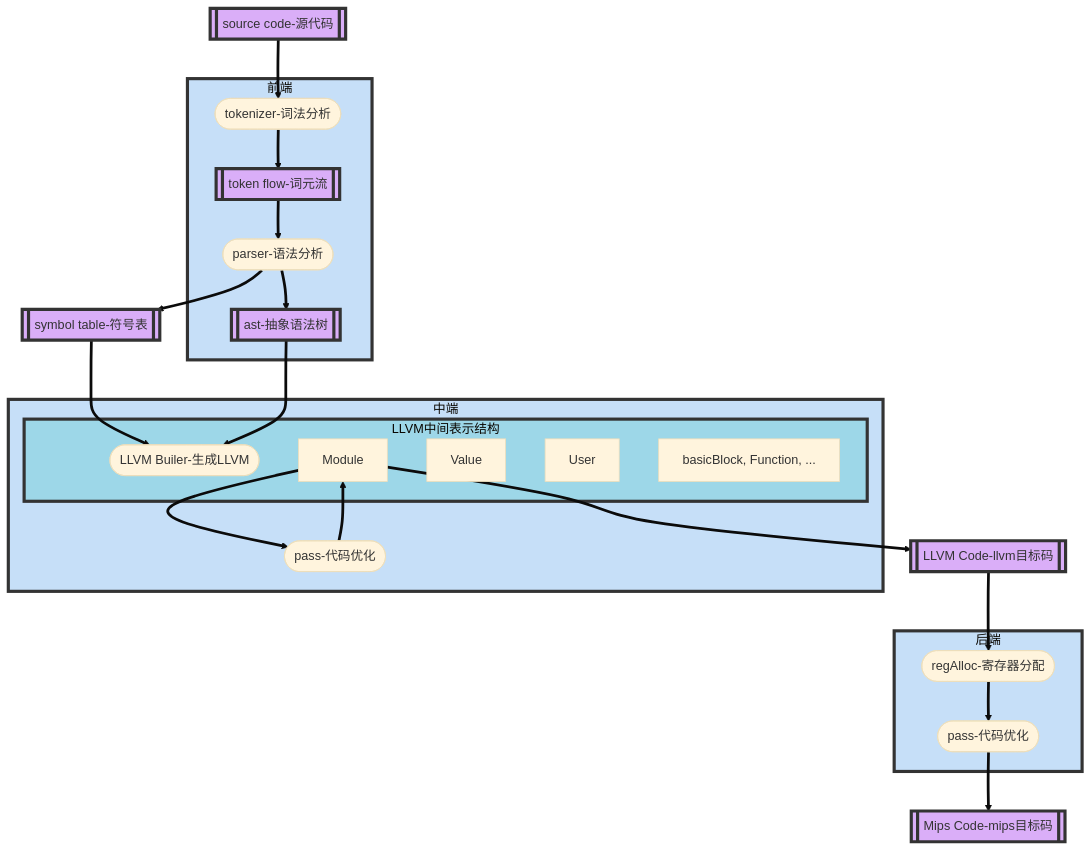
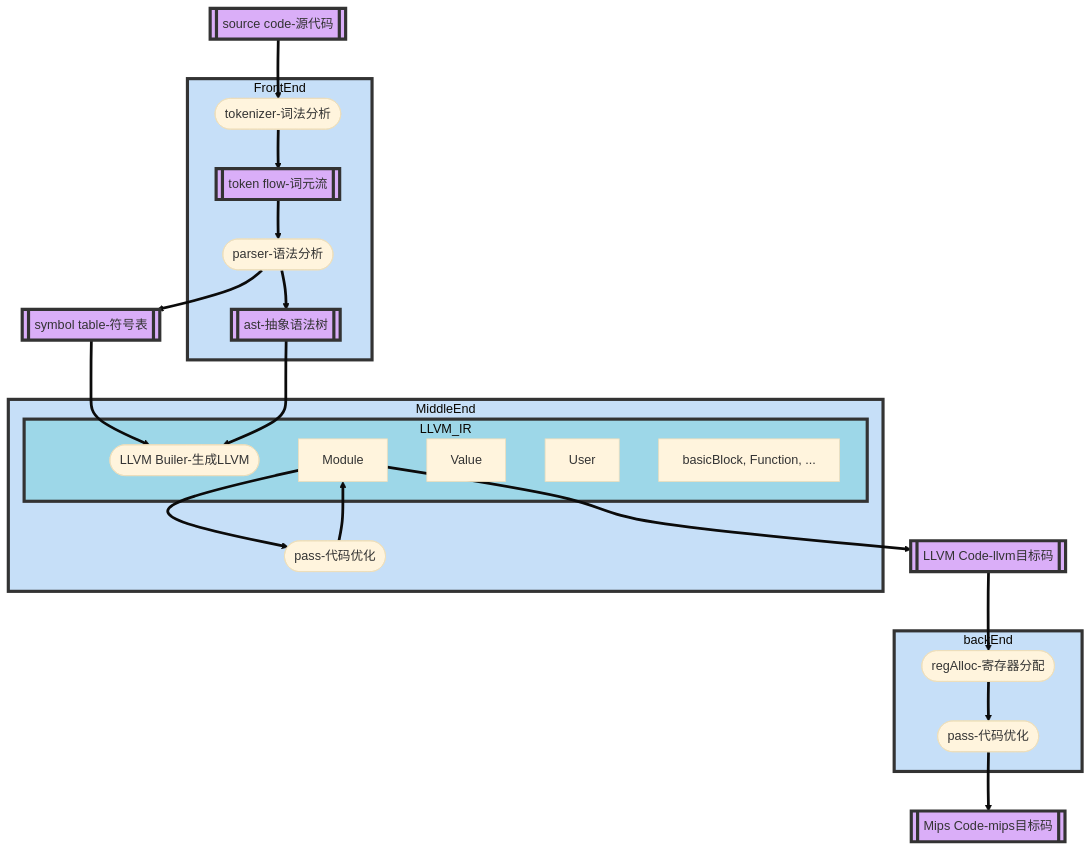
The first of 2 diagrams in README.md (gnwekge78707/TrivialSysY), drawn with Mermaid (base theme) before and after one commit. The commit also changed other lines of this file and 11 other files, not shown here.

````diff
--- a/README.md
+++ b/README.md
@@ -30,61 +16,61 @@
 ```mermaid
 graph TD
 c1[[source code-源代码]]
 c1==>a1
-subgraph 前端
+subgraph FrontEnd
 a1([tokenizer-词法分析])
 a1==>c2
 c2[[token flow-词元流]]
 c2==>a2
 a2([parser-语法分析])
 a2==>c3
 c3[[ast-抽象语法树]]
 
 end
 a2==>c4
 
 c4[[symbol table-符号表]]
 c4==>a3
 c3==>a3
 
-subgraph 中端
+subgraph MiddleEnd
 
-subgraph LLVM中间表示结构
+subgraph LLVM_IR
 a3([LLVM Builer-生成LLVM])
 b1[Module]
 b2[Value]
 b3[User]
 b4[basicBlock, Function, ...]
 end
 b1==>a5
 a5==>b1
 a5([pass-代码优化])
 end
 
 b1==>c5
 c5[[LLVM Code-llvm目标码]]
 c5==>a6
-subgraph 后端
+subgraph backEnd
 a6([regAlloc-寄存器分配])==>
 a7([pass-代码优化])
 
 end
 a7==>c6
 c6[[Mips Code-mips目标码]]
 
-style 前端 fill: #C6DFF8FF, stroke: #333, stroke-width: 4px;
-style 后端 fill: #C6DFF8FF, stroke: #333, stroke-width: 4px;
-style 中端 fill: #C6DFF8FF, stroke: #333, stroke-width: 4px;
-style LLVM中间表示结构 fill: #71CED77E, stroke: #333, stroke-width: 4px;
+style FrontEnd fill: #C6DFF8FF, stroke: #333, stroke-width: 4px;
+style backEnd fill: #C6DFF8FF, stroke: #333, stroke-width: 4px;
+style MiddleEnd  fill: #C6DFF8FF, stroke: #333, stroke-width: 4px;
+style LLVM_IR fill: #71CED77E, stroke: #333, stroke-width: 4px;
 c1:::aa
 c2:::aa
 c3:::aa
 c4:::aa
 c5:::aa
 c6:::aa
 
 
 
 classDef aa fill: #DAAEF8FF, stroke: #333, stroke-width: 4px;
 classDef bb fill: #f9a, stroke: #333, stroke-width: 4px;
 ```
````
